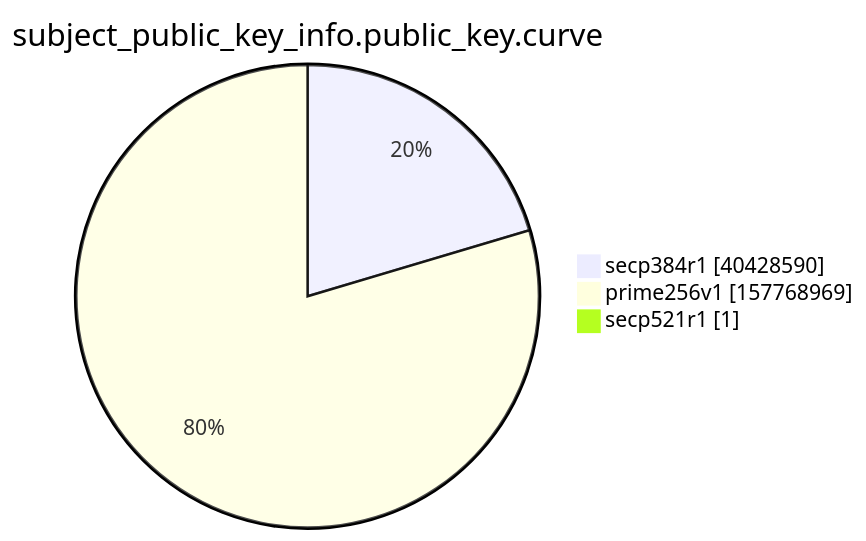
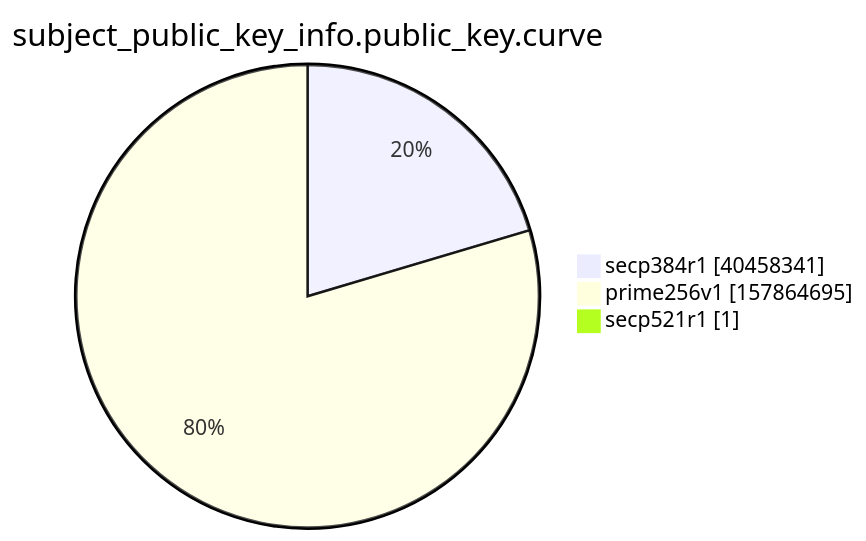
The ninth of 15 diagrams in xenon2022/README.md (christiankrug/ctmonitor_visualization), drawn with Mermaid before and after one commit. The commit also changed other lines of this file, not shown here.

````diff
--- a/xenon2022/README.md
+++ b/xenon2022/README.md
@@ -2866,7 +2866,7 @@
 ```mermaid
 pie showData
 title subject_public_key_info.public_key.curve
-"secp384r1" :40428590
-"prime256v1" :157768969
+"secp384r1" :40458341
+"prime256v1" :157864695
 "secp521r1" :1
 ```
````
